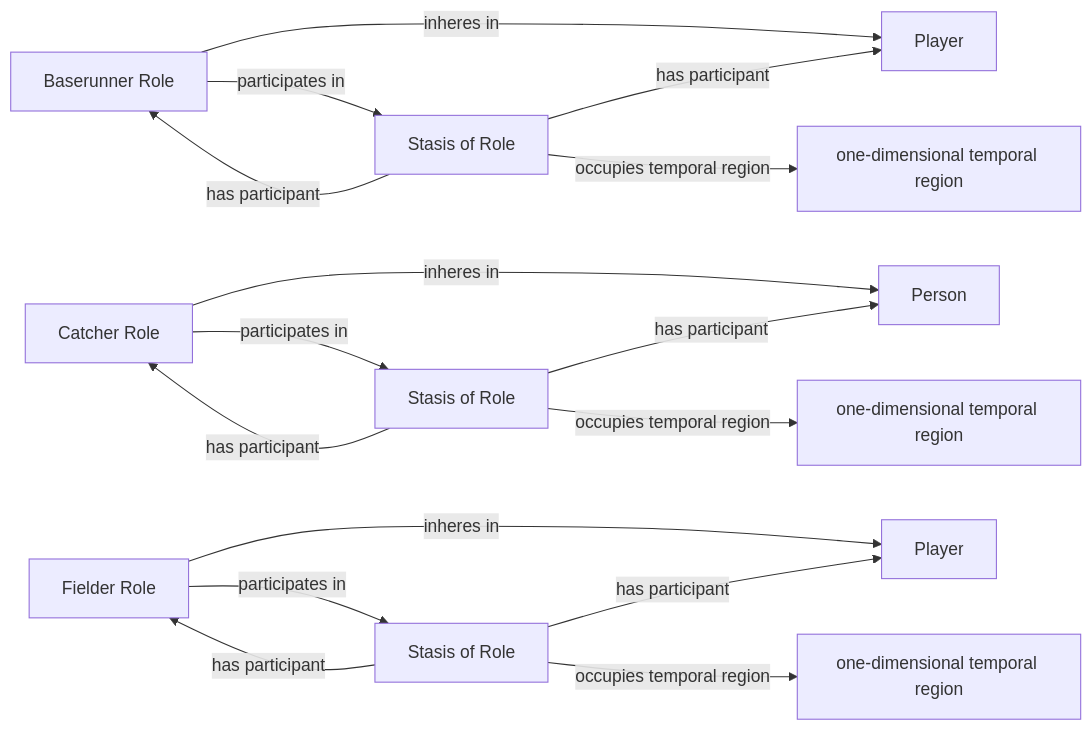
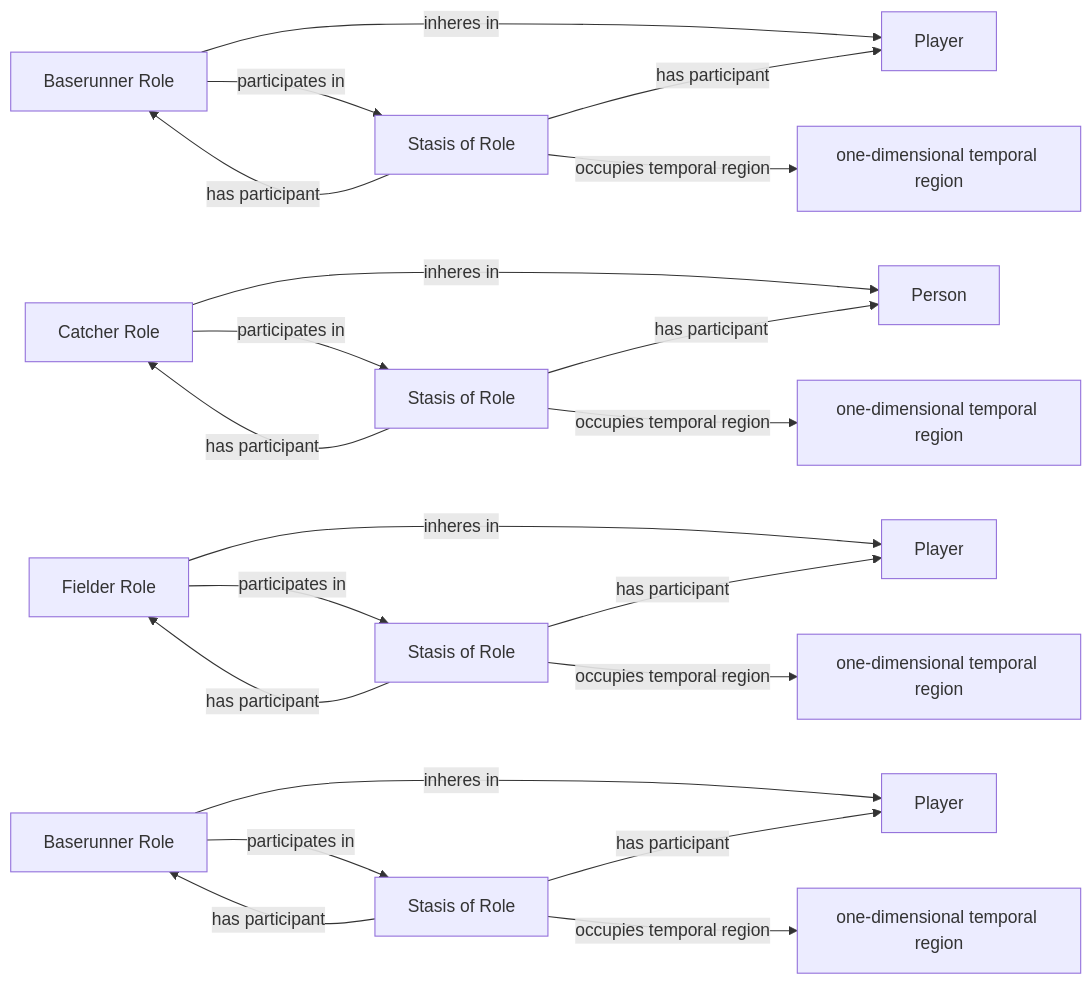
Before and after one commit to CarterBeauBenson/BaseballO: the diagram in Baseball/mermaid/patterns/ontology/37-contextual-fielding-and-running-roles.md, drawn with Mermaid. The commit also changed other lines of this file and 162 other files, not shown here.

````diff
--- a/Baseball/mermaid/patterns/ontology/37-contextual-fielding-and-running-roles.md
+++ b/Baseball/mermaid/patterns/ontology/37-contextual-fielding-and-running-roles.md
@@ -10,30 +10,39 @@
 ```mermaid
 flowchart LR
     N01["Player"]
     N02["Baserunner Role"]
     N03["Stasis of Role"]
     N04["one-dimensional temporal region"]
     N05["Person"]
     N06["Catcher Role"]
     N07["Stasis of Role"]
     N08["one-dimensional temporal region"]
     N09["Player"]
     N10["Fielder Role"]
     N11["Stasis of Role"]
     N12["one-dimensional temporal region"]
+    N13["Player"]
+    N14["Baserunner Role"]
+    N15["Stasis of Role"]
+    N16["one-dimensional temporal region"]
     N02 -->|inheres in| N01
     N02 -->|participates in| N03
     N03 -->|has participant| N01
     N03 -->|has participant| N02
     N03 -->|occupies temporal region| N04
     N06 -->|inheres in| N05
     N06 -->|participates in| N07
     N07 -->|has participant| N05
     N07 -->|has participant| N06
     N07 -->|occupies temporal region| N08
     N10 -->|inheres in| N09
     N10 -->|participates in| N11
     N11 -->|has participant| N09
     N11 -->|has participant| N10
     N11 -->|occupies temporal region| N12
+    N14 -->|inheres in| N13
+    N14 -->|participates in| N15
+    N15 -->|has participant| N13
+    N15 -->|has participant| N14
+    N15 -->|occupies temporal region| N16
 ```
````
